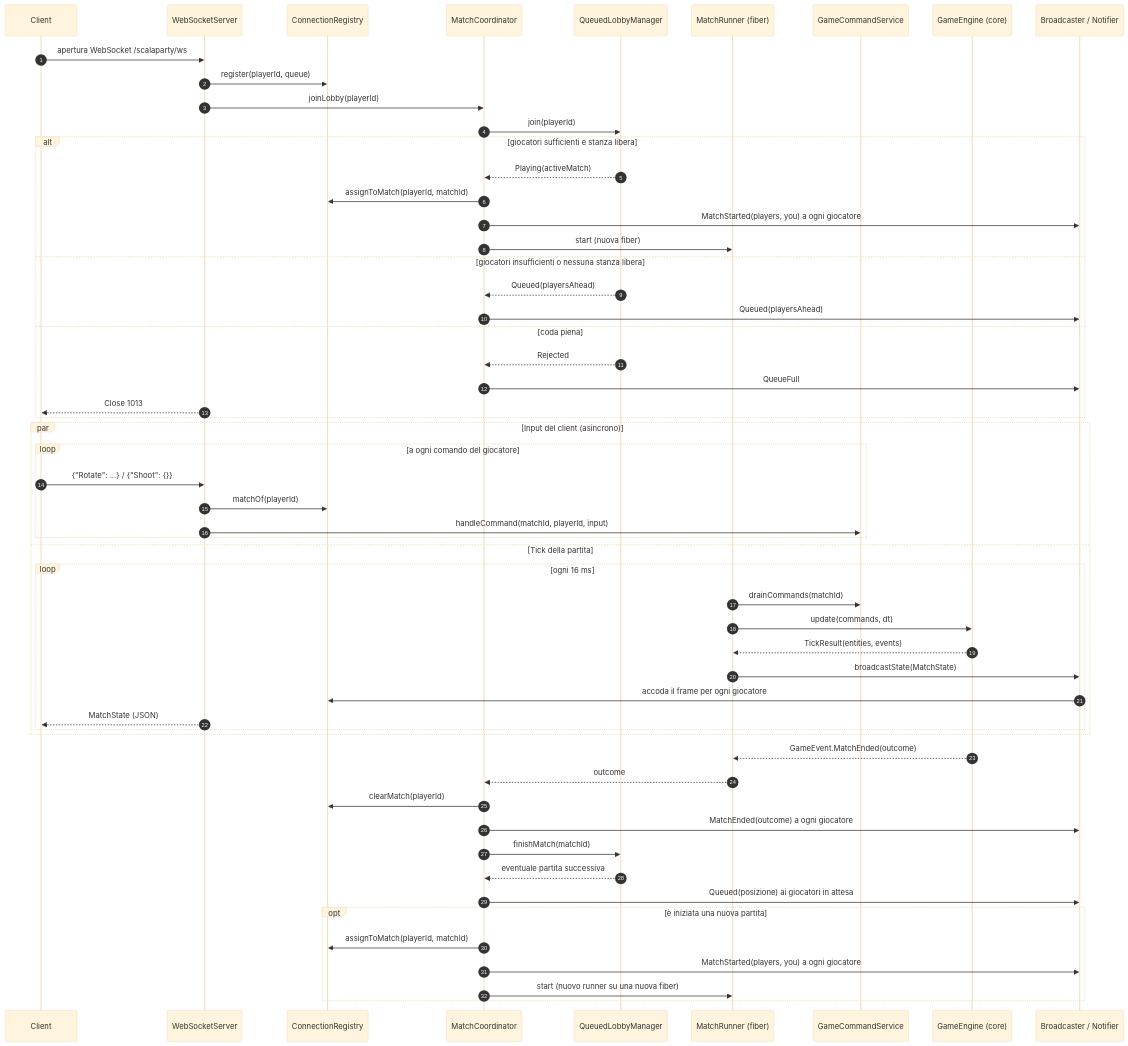
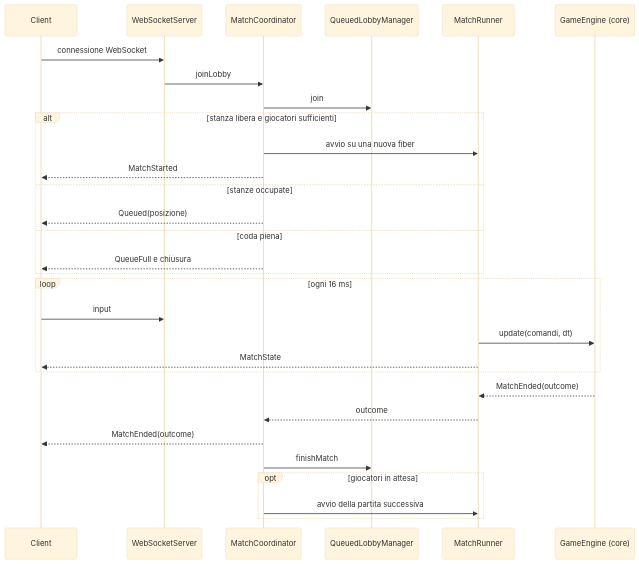
Before and after one commit to aleToro7/PPS-26-Scala-Party: the third of 3 diagrams in doc/Report/3-design-architetturale/server/index.md, drawn with Mermaid (base theme). The commit also changed other lines of this file, not shown here.

````diff
--- a/doc/Report/3-design-architetturale/server/index.md
+++ b/doc/Report/3-design-architetturale/server/index.md
@@ -237,61 +203,35 @@
 ```mermaid
 sequenceDiagram
-    autonumber
     participant C as Client
     participant WS as WebSocketServer
-    participant R as ConnectionRegistry
     participant MC as MatchCoordinator
     participant L as QueuedLobbyManager
-    participant MR as MatchRunner (fiber)
-    participant CS as GameCommandService
+    participant MR as MatchRunner
     participant E as GameEngine (core)
-    participant OUT as Broadcaster / Notifier
 
-    C->>WS: apertura WebSocket /scalaparty/ws
-    WS->>R: register(playerId, queue)
-    WS->>MC: joinLobby(playerId)
-    MC->>L: join(playerId)
-    alt giocatori sufficienti e stanza libera
-        L-->>MC: Playing(activeMatch)
-        MC->>R: assignToMatch(playerId, matchId)
-        MC->>OUT: MatchStarted(players, you) a ogni giocatore
-        MC->>MR: start (nuova fiber)
-    else giocatori insufficienti o nessuna stanza libera
-        L-->>MC: Queued(playersAhead)
-        MC->>OUT: Queued(playersAhead)
+    C->>WS: connessione WebSocket
+    WS->>MC: joinLobby
+    MC->>L: join
+    alt stanza libera e giocatori sufficienti
+        MC->>MR: avvio su una nuova fiber
+        MC-->>C: MatchStarted
+    else stanze occupate
+        MC-->>C: Queued(posizione)
     else coda piena
-        L-->>MC: Rejected
-        MC->>OUT: QueueFull
-        WS-->>C: Close 1013
+        MC-->>C: QueueFull e chiusura
     end
 
-    par Input del client (asincrono)
-        loop a ogni comando del giocatore
-            C->>WS: {"Rotate": ...} / {"Shoot": {}}
-            WS->>R: matchOf(playerId)
-            WS->>CS: handleCommand(matchId, playerId, input)
-        end
-    and Tick della partita
-        loop ogni 16 ms
-            MR->>CS: drainCommands(matchId)
-            MR->>E: update(commands, dt)
-            E-->>MR: TickResult(entities, events)
-            MR->>OUT: broadcastState(MatchState)
-            OUT->>R: accoda il frame per ogni giocatore
-            WS-->>C: MatchState (JSON)
-        end
+    loop ogni 16 ms
+        C->>WS: input
+        MR->>E: update(comandi, dt)
+        MR-->>C: MatchState
     end
 
-    E-->>MR: GameEvent.MatchEnded(outcome)
+    E-->>MR: MatchEnded(outcome)
     MR-->>MC: outcome
-    MC->>R: clearMatch(playerId)
-    MC->>OUT: MatchEnded(outcome) a ogni giocatore
-    MC->>L: finishMatch(matchId)
-    L-->>MC: eventuale partita successiva
-    MC->>OUT: Queued(posizione) ai giocatori in attesa
-    opt è iniziata una nuova partita
-        MC->>R: assignToMatch(playerId, matchId)
-        MC->>OUT: MatchStarted(players, you) a ogni giocatore
-        MC->>MR: start (nuovo runner su una nuova fiber)
+    MC-->>C: MatchEnded(outcome)
+    MC->>L: finishMatch
+    opt giocatori in attesa
+        MC->>MR: avvio della partita successiva
     end
 ```
````
